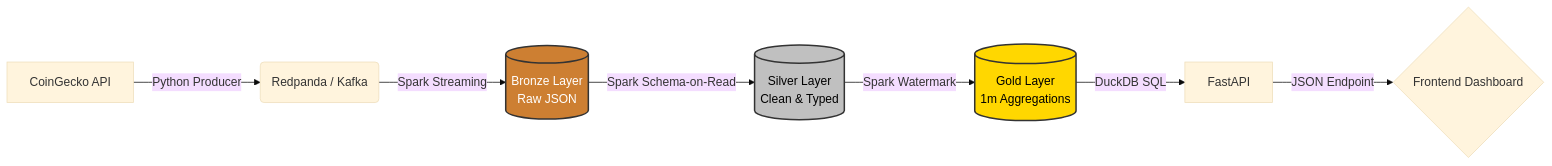
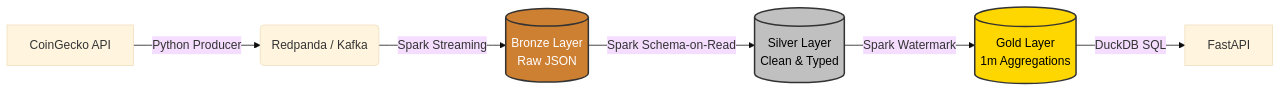
Before and after one commit to Andr3yGabriel/cryptostream-lakehouse: the diagram in README.MD, drawn with Mermaid (base theme).

Commit message:
fix: removing not implemented component from mermaid diagram

````diff
--- a/README.MD
+++ b/README.MD
@@ -11,13 +11,12 @@
 ```mermaid
 graph LR
     A[CoinGecko API] -->|Python Producer| B(Redpanda / Kafka)
     B -->|Spark Streaming| C[(Bronze Layer<br>Raw JSON)]
     C -->|Spark Schema-on-Read| D[(Silver Layer<br>Clean & Typed)]
     D -->|Spark Watermark| E[(Gold Layer<br>1m Aggregations)]
     E -->|DuckDB SQL| F[FastAPI]
-    F -->|JSON Endpoint| G{Frontend Dashboard}
     
     style C fill:#cd7f32,stroke:#333,stroke-width:2px,color:#fff
     style D fill:#c0c0c0,stroke:#333,stroke-width:2px,color:#000
     style E fill:#ffd700,stroke:#333,stroke-width:2px,color:#000
 ```
````
